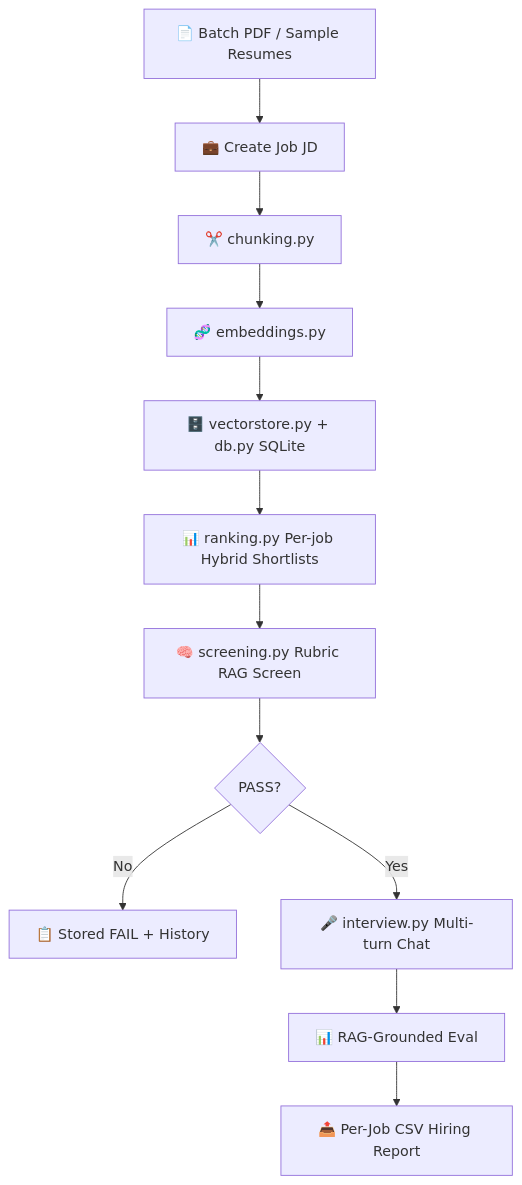
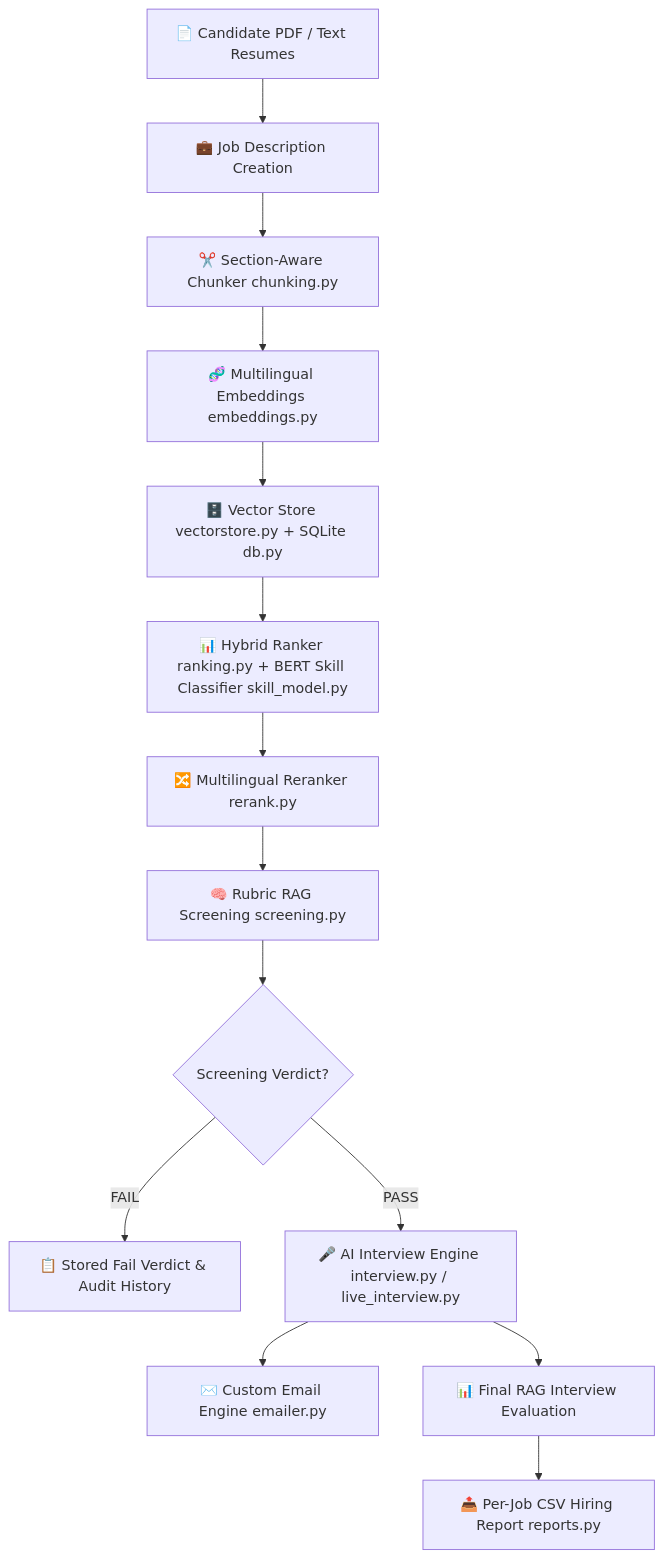
Before and after one commit to Ankush1461/ai-recruitment-system: the diagram in README.md, drawn with Mermaid. The commit also changed other lines of this file, not shown here.

````diff
--- a/README.md
+++ b/README.md
@@ -38,14 +76,16 @@
 ```mermaid
 flowchart TD
-    A[📄 Batch PDF / Sample Resumes] --> B[💼 Create Job JD]
-    B --> C[✂️ chunking.py]
-    C --> D[🧬 embeddings.py]
-    D --> E[🗄️ vectorstore.py + db.py SQLite]
-    E --> F[📊 ranking.py Per-job Hybrid Shortlists]
-    F --> G[🧠 screening.py Rubric RAG Screen]
-    G --> H{PASS?}
-    H -- No --> I[📋 Stored FAIL + History]
-    H -- Yes --> J[🎤 interview.py Multi-turn Chat]
-    J --> K[📊 RAG-Grounded Eval]
-    K --> L[📤 Per-Job CSV Hiring Report]
+    A[📄 Candidate PDF / Text Resumes] --> B[💼 Job Description Creation]
+    B --> C[✂️ Section-Aware Chunker chunking.py]
+    C --> D[🧬 Multilingual Embeddings embeddings.py]
+    D --> E[🗄️ Vector Store vectorstore.py + SQLite db.py]
+    E --> F[📊 Hybrid Ranker ranking.py + BERT Skill Classifier skill_model.py]
+    F --> G[🔀 Multilingual Reranker rerank.py]
+    G --> H[🧠 Rubric RAG Screening screening.py]
+    H --> I{Screening Verdict?}
+    I -- FAIL --> J[📋 Stored Fail Verdict & Audit History]
+    I -- PASS --> K[🎤 AI Interview Engine interview.py / live_interview.py]
+    K --> L[✉️ Custom Email Engine emailer.py]
+    K --> M[📊 Final RAG Interview Evaluation]
+    M --> N[📤 Per-Job CSV Hiring Report reports.py]
 ```
````
